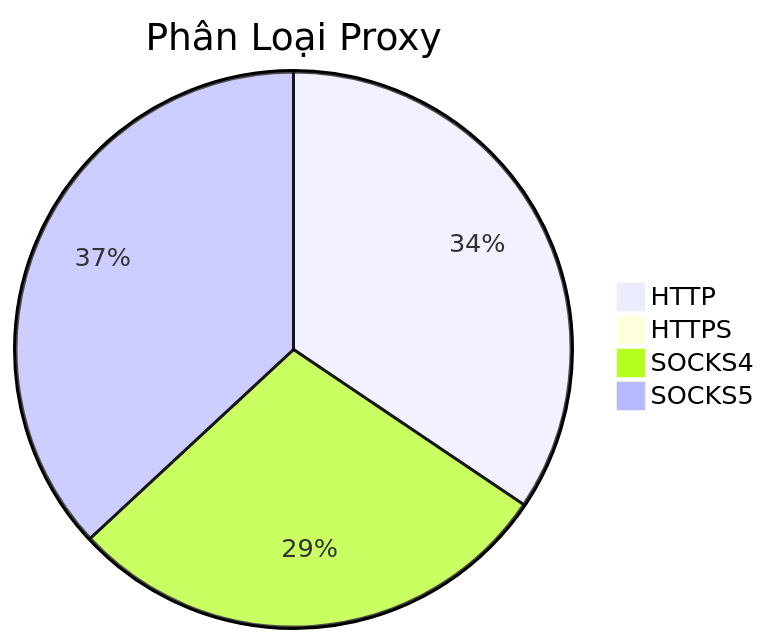
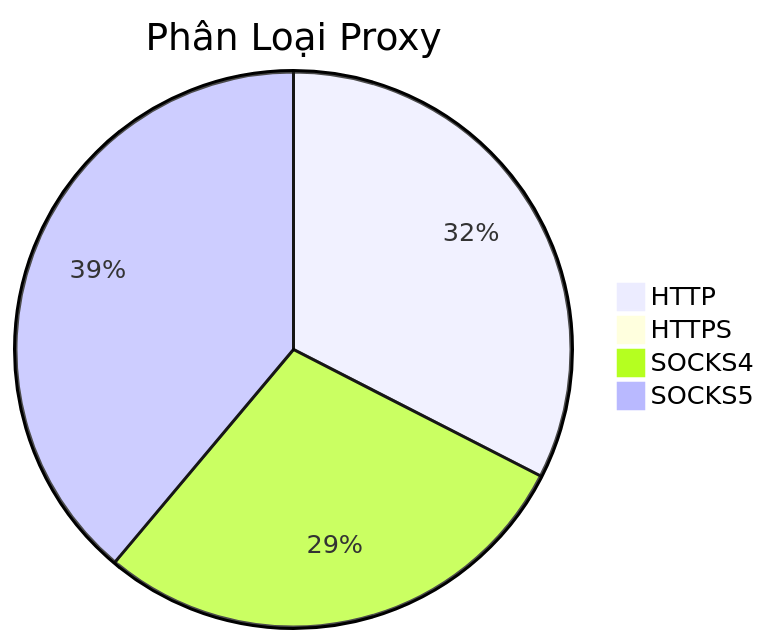
The diagram in README.md (Ciara-12/PROXY-free), drawn with Mermaid before and after one commit. The commit also changed other lines of this file and 4 other files, not shown here.

````diff
--- a/README.md
+++ b/README.md
@@ -26,7 +26,7 @@
 ```mermaid
 pie title Phân Loại Proxy
-    "HTTP" : 375
-    "HTTPS" : 1
-    "SOCKS4" : 312
-    "SOCKS5" : 402
+    "HTTP" : 379
+    "HTTPS" : 2
+    "SOCKS4" : 333
+    "SOCKS5" : 453
 ```
````
